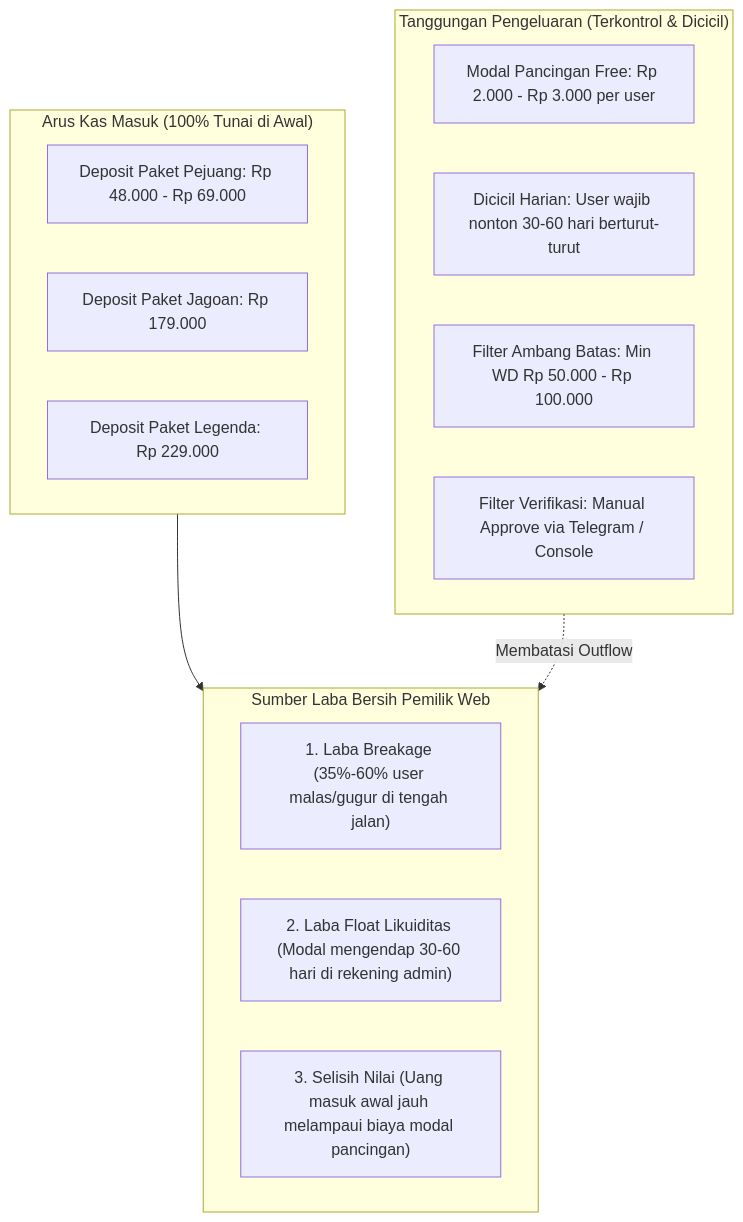
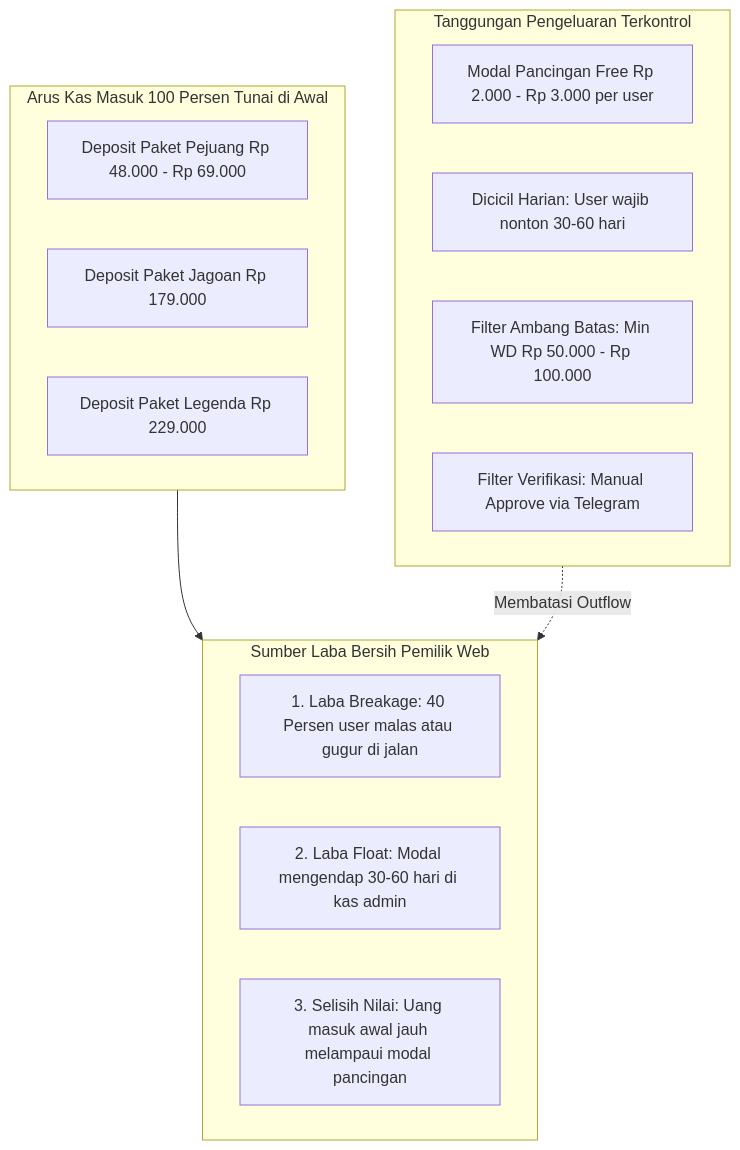
One commit to NixxyHorwitz/lebahcuan changed the fourth of 5 diagrams in PANDUAN_UPGRADE_DAN_PROFIT.md. Above: the diagram before and after it, drawn with Mermaid. The commit also changed other lines of this file, not shown here.

Commit message:
fix(docs): fix Mermaid diagram syntax for GitHub markdown rendering

````diff
--- a/PANDUAN_UPGRADE_DAN_PROFIT.md
+++ b/PANDUAN_UPGRADE_DAN_PROFIT.md
@@ -152,24 +152,24 @@
 ```mermaid
 graph TD
-    subgraph ARUS_KAS_MASUK["Arus Kas Masuk (100% Tunai di Awal)"]
-        DepoPejuang["Deposit Paket Pejuang: Rp 48.000 - Rp 69.000"]
-        DepoJagoan["Deposit Paket Jagoan: Rp 179.000"]
-        DepoLegenda["Deposit Paket Legenda: Rp 229.000"]
+    subgraph Kas_Masuk [Arus Kas Masuk 100 Persen Tunai di Awal]
+        DepoPejuang[Deposit Paket Pejuang Rp 48.000 - Rp 69.000]
+        DepoJagoan[Deposit Paket Jagoan Rp 179.000]
+        DepoLegenda[Deposit Paket Legenda Rp 229.000]
     end
 
-    subgraph TANGGUNGAN_OUTFLOW["Tanggungan Pengeluaran (Terkontrol & Dicicil)"]
-        ModalPancingan["Modal Pancingan Free: Rp 2.000 - Rp 3.000 per user"]
-        DicicilHarian["Dicicil Harian: User wajib nonton 30-60 hari berturut-turut"]
-        MinWDFilter["Filter Ambang Batas: Min WD Rp 50.000 - Rp 100.000"]
-        AdminApproval["Filter Verifikasi: Manual Approve via Telegram / Console"]
+    subgraph Pengeluaran_Terkontrol [Tanggungan Pengeluaran Terkontrol]
+        ModalPancingan[Modal Pancingan Free Rp 2.000 - Rp 3.000 per user]
+        DicicilHarian[Dicicil Harian: User wajib nonton 30-60 hari]
+        MinWDFilter[Filter Ambang Batas: Min WD Rp 50.000 - Rp 100.000]
+        AdminApproval[Filter Verifikasi: Manual Approve via Telegram]
     end
 
-    subgraph KEUNTUNGAN_BERSIH["Sumber Laba Bersih Pemilik Web"]
-        LabaBreakage["1. Laba Breakage (35%-60% user malas/gugur di tengah jalan)"]
-        LabaFloat["2. Laba Float Likuiditas (Modal mengendap 30-60 hari di rekening admin)"]
-        LabaSelisih["3. Selisih Nilai (Uang masuk awal jauh melampaui biaya modal pancingan)"]
+    subgraph Sumber_Keuntungan [Sumber Laba Bersih Pemilik Web]
+        LabaBreakage[1. Laba Breakage: 40 Persen user malas atau gugur di jalan]
+        LabaFloat[2. Laba Float: Modal mengendap 30-60 hari di kas admin]
+        LabaSelisih[3. Selisih Nilai: Uang masuk awal jauh melampaui modal pancingan]
     end
 
-    ARUS_KAS_MASUK --> KEUNTUNGAN_BERSIH
-    TANGGUNGAN_OUTFLOW -.->|Membatasi Outflow| KEUNTUNGAN_BERSIH
+    Kas_Masuk --> Sumber_Keuntungan
+    Pengeluaran_Terkontrol -.->|Membatasi Outflow| Sumber_Keuntungan
 ```
````
